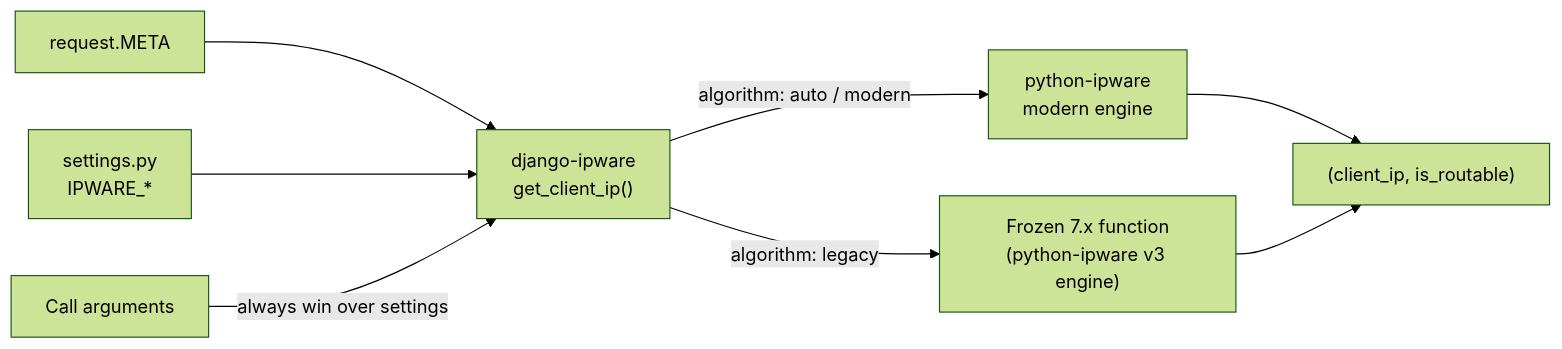
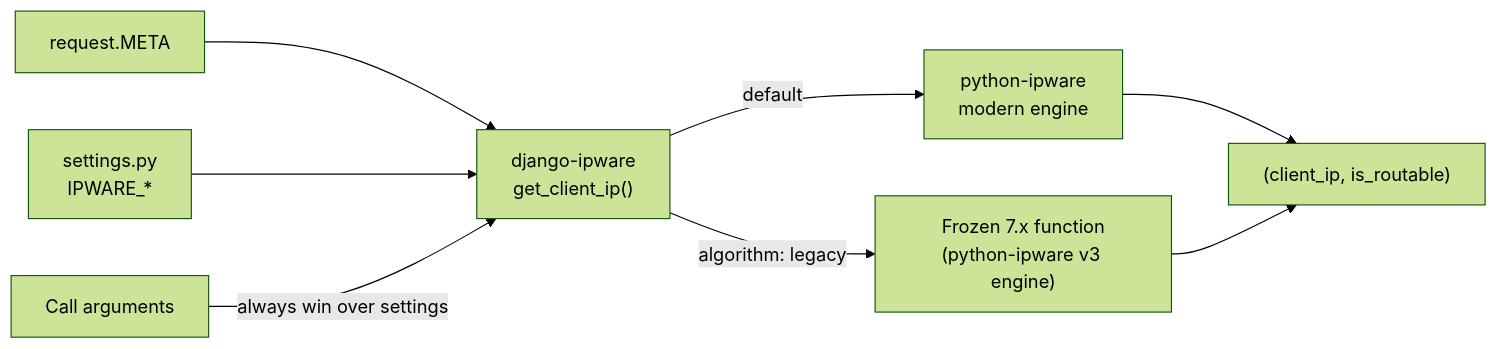
Before and after one commit to un33k/django-ipware: the third of 10 diagrams in README.md, drawn with Mermaid (forest theme). The commit also changed other lines of this file and 3 other files, not shown here.

First line of the commit message:
Algorithm: modern by default, legacy as the only opt-out (drop "auto") (#130)

````diff
--- a/README.md
+++ b/README.md
@@ -55,10 +74,10 @@
 ```mermaid
 flowchart LR
     REQ["request.META"] --> DJ["django-ipware<br/>get_client_ip()"]
     SET["settings.py<br/>IPWARE_*"] --> DJ
     ARG["Call arguments"] -->|"always win over settings"| DJ
-    DJ -->|"algorithm: auto / modern"| MOD["python-ipware<br/>modern engine"]
+    DJ -->|"default"| MOD["python-ipware<br/>modern engine"]
     DJ -->|"algorithm: legacy"| LEG["Frozen 7.x function<br/>(python-ipware v3 engine)"]
     MOD --> OUT["(client_ip, is_routable)"]
     LEG --> OUT
 ```
````
